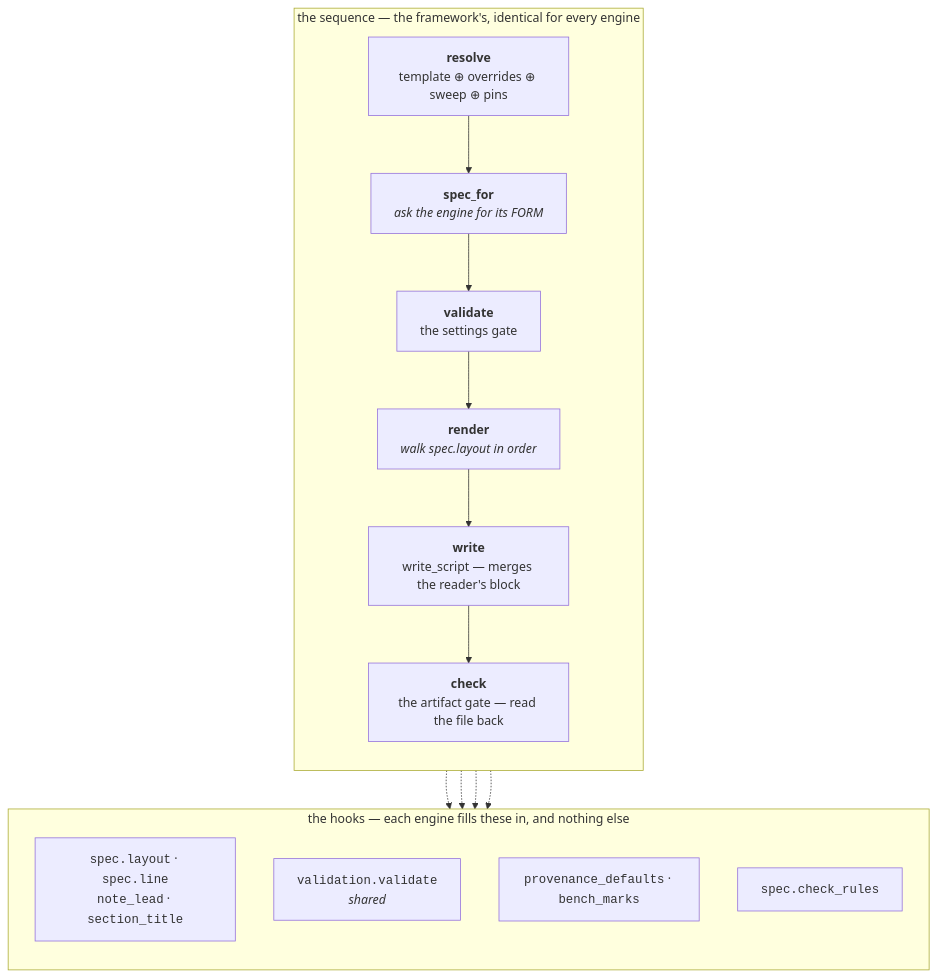
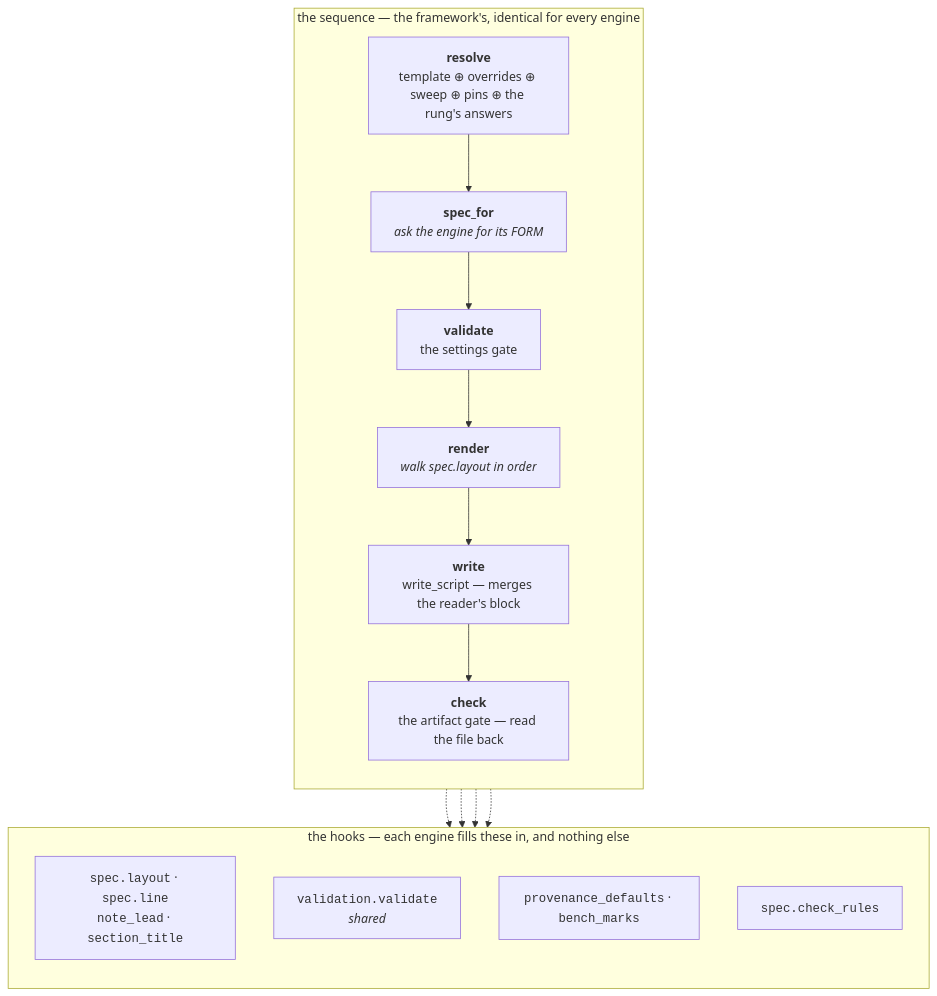
Before and after one commit to Qing-LAB/molbuilder: the sixth of 7 diagrams in docs/execution/script-preparation.md, drawn with Mermaid. The commit also changed 30 other files, not shown here.

````diff
--- a/docs/execution/script-preparation.md
+++ b/docs/execution/script-preparation.md
@@ -729,24 +729,24 @@
 ```mermaid
 flowchart TB
     subgraph FIXED["the sequence — the framework's, identical for every engine"]
       direction TB
-      S1["<b>resolve</b><br/>template ⊕ overrides ⊕ sweep ⊕ pins"]
+      S1["<b>resolve</b><br/>template ⊕ overrides ⊕ sweep ⊕ pins ⊕ the rung's answers"]
       S2["<b>spec_for</b><br/><i>ask the engine for its FORM</i>"]
       S3["<b>validate</b><br/>the settings gate"]
       S4["<b>render</b><br/><i>walk spec.layout in order</i>"]
       S5["<b>write</b><br/>write_script — merges the reader's block"]
       S6["<b>check</b><br/>the artifact gate — read the file back"]
       S1 --> S2 --> S3 --> S4 --> S5 --> S6
     end
     subgraph HOOKS["the hooks — each engine fills these in, and nothing else"]
       direction TB
       H2["<code>spec.layout</code> · <code>spec.line</code><br/><code>note_lead</code> · <code>section_title</code>"]
       H3["<code>validation.validate</code><br/><i>shared</i>"]
       H5["<code>provenance_defaults</code> · <code>bench_marks</code>"]
       H6["<code>spec.check_rules</code>"]
     end
     S2 -.-> H2
     S3 -.-> H3
     S4 -.-> H5
     S6 -.-> H6
 ```
````
